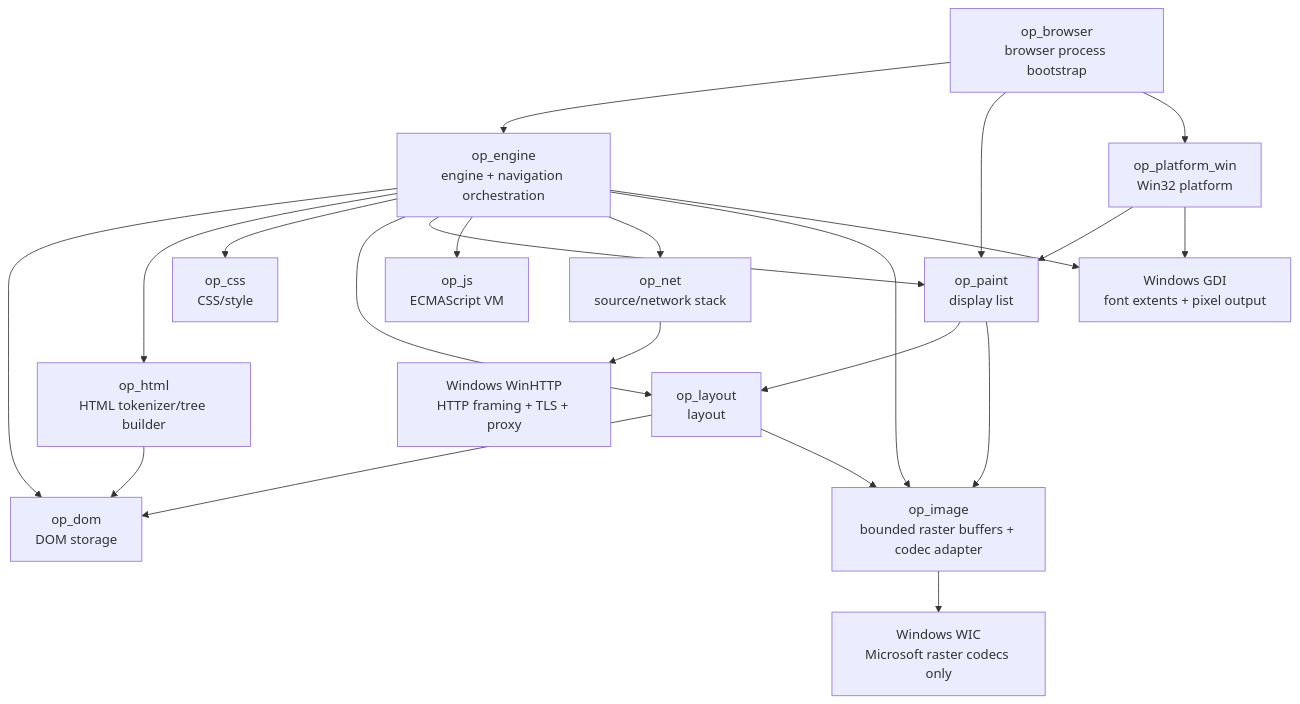
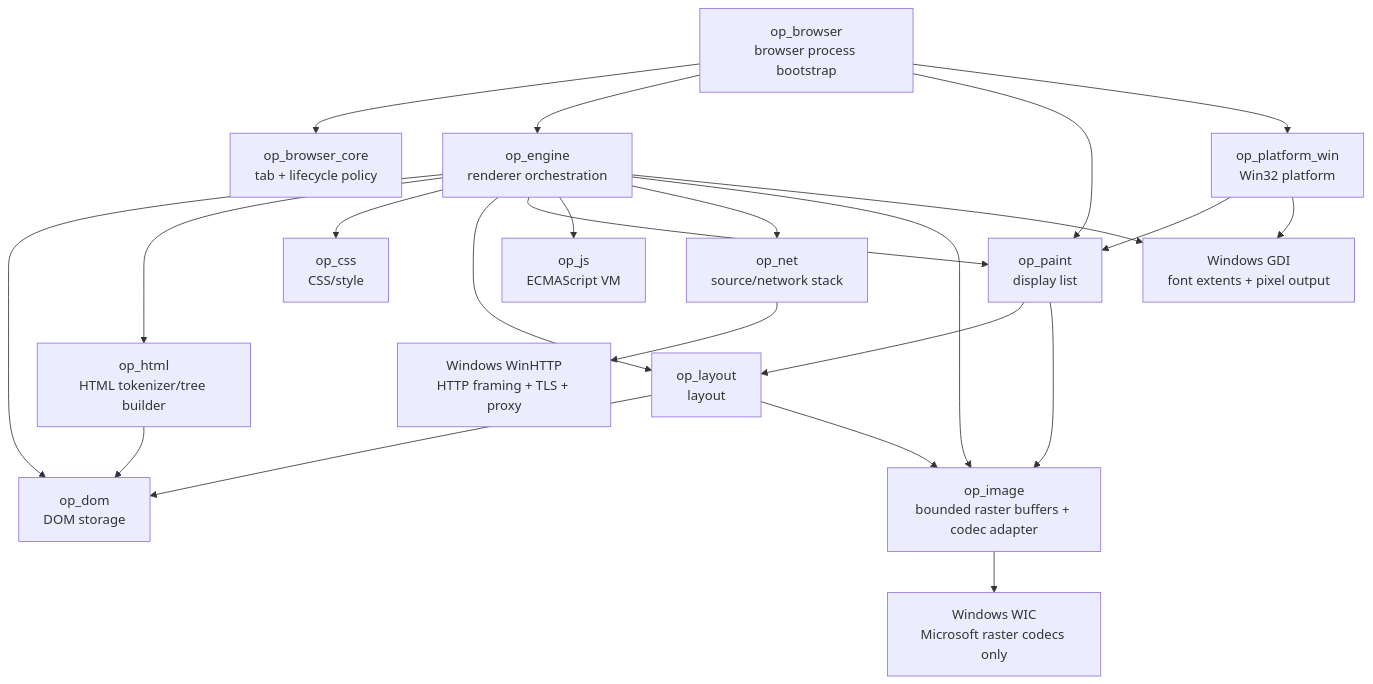
The first of 2 diagrams in docs/CODE_GRAPH.md (Gerbesh/OPBrowser), drawn with Mermaid before and after one commit. The commit also changed other lines of this file and 34 other files, not shown here.

Commit message:
Add JS filtering and tab lifecycle foundations

````diff
--- a/docs/CODE_GRAPH.md
+++ b/docs/CODE_GRAPH.md
@@ -10,39 +10,41 @@
 ```mermaid
 graph TD
     B[op_browser<br/>browser process bootstrap]
-    E[op_engine<br/>engine + navigation orchestration]
+    BC[op_browser_core<br/>tab + lifecycle policy]
+    E[op_engine<br/>renderer orchestration]
     W[op_platform_win<br/>Win32 platform]
     D[op_dom<br/>DOM storage]
     H[op_html<br/>HTML tokenizer/tree builder]
     C[op_css<br/>CSS/style]
     L[op_layout<br/>layout]
     P[op_paint<br/>display list]
     J[op_js<br/>ECMAScript VM]
     N[op_net<br/>source/network stack]
     T[Windows WinHTTP<br/>HTTP framing + TLS + proxy]
     I[op_image<br/>bounded raster buffers + codec adapter]
     K[Windows WIC<br/>Microsoft raster codecs only]
     G[Windows GDI<br/>font extents + pixel output]
 
+    B --> BC
     B --> E
     B --> P
     B --> W
     E --> D
     E --> H
     E --> C
     E --> L
     E --> P
     E --> J
     E --> N
     E --> I
     E --> G
     N --> T
     H --> D
     L --> D
     L --> I
     P --> L
     P --> I
     I --> K
     W --> P
     W --> G
 ```
````
